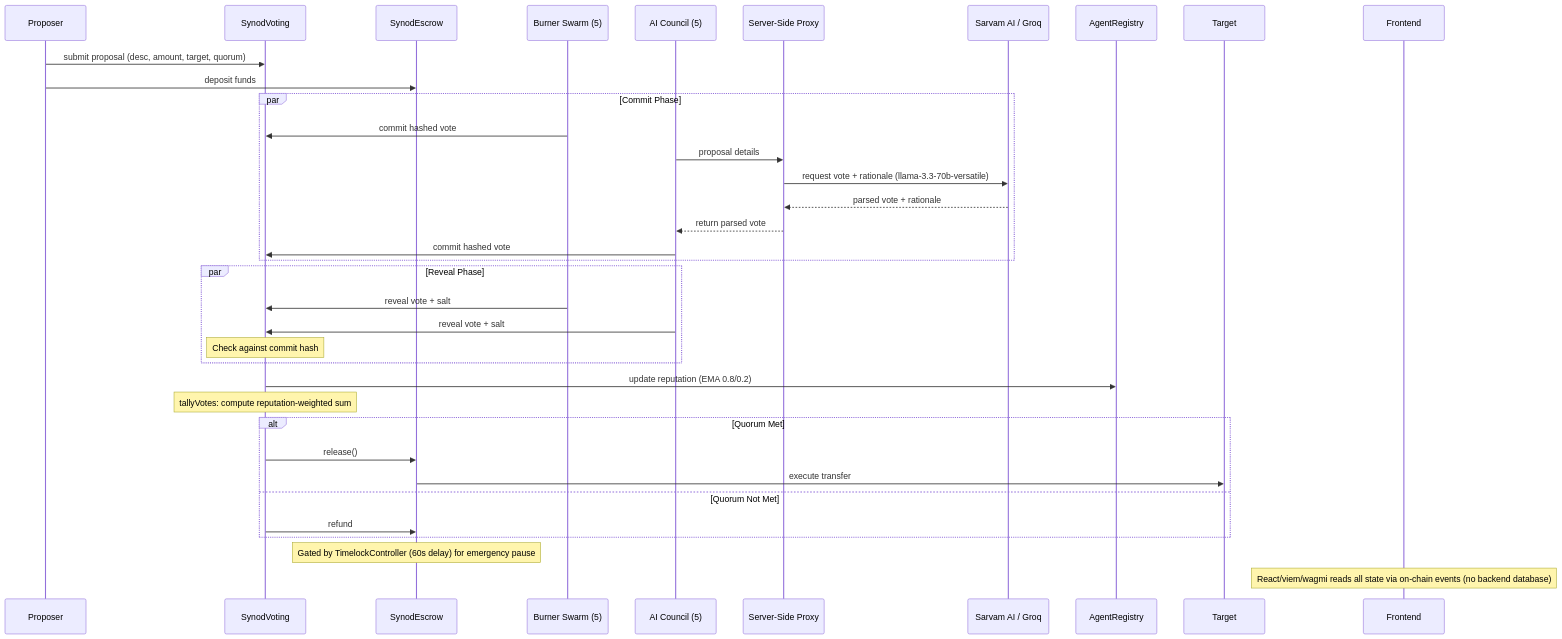
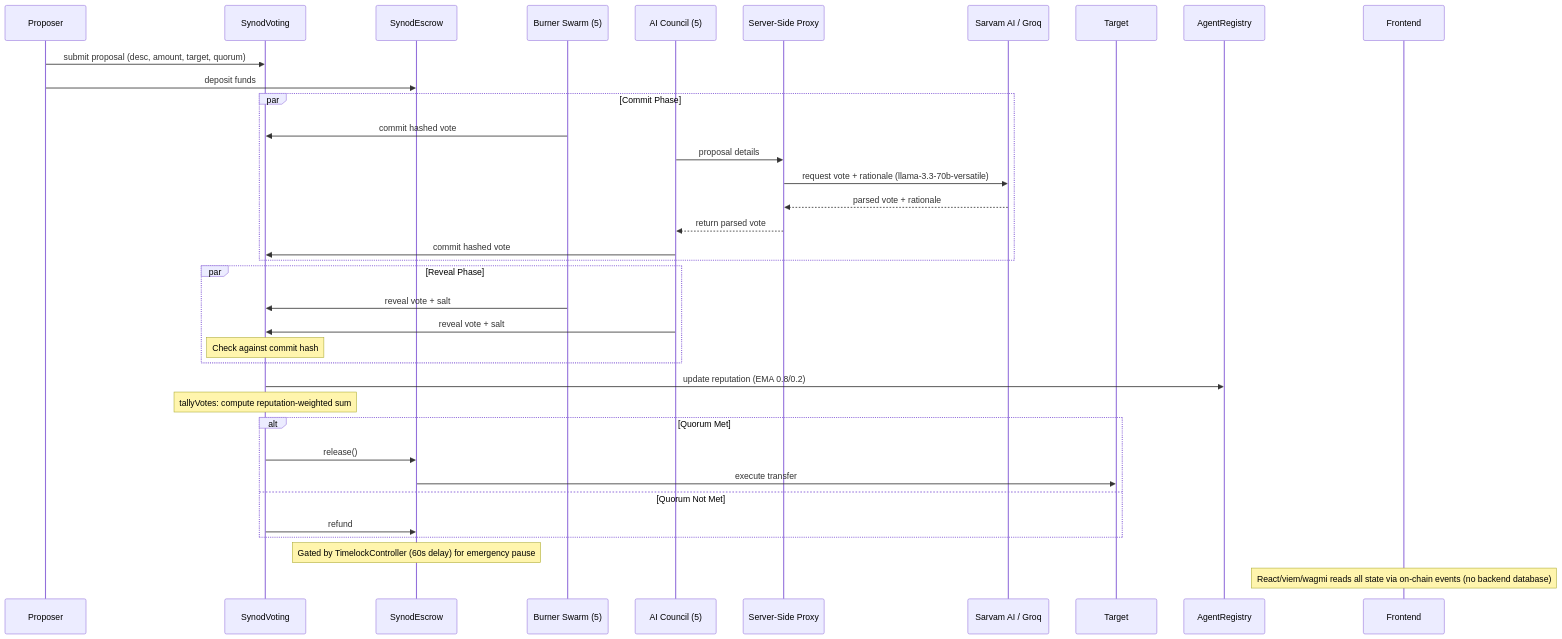
One commit to adityajoshi18vk-art/Synod changed the diagram in README.md. Above: the diagram before and after it, drawn with Mermaid. The commit also changed other lines of this file, not shown here.

Commit message:
docs: Update README.md structure, architecture flow diagram, setup and demo links

````diff
--- a/README.md
+++ b/README.md
@@ -7,41 +23,44 @@
 ```mermaid
 sequenceDiagram
     participant Proposer
     participant SynodVoting
     participant SynodEscrow
     participant BurnerSwarm as Burner Swarm (5)
     participant Council as AI Council (5)
     participant Proxy as Server-Side Proxy
     participant LLM as Sarvam AI / Groq
+    participant Target as Target
+    participant AgentRegistry as AgentRegistry
+    participant Frontend as Frontend
 
     Proposer->>SynodVoting: submit proposal (desc, amount, target, quorum)
     Proposer->>SynodEscrow: deposit funds
     
     par Commit Phase
         BurnerSwarm->>SynodVoting: commit hashed vote
         Council->>Proxy: proposal details
         Proxy->>LLM: request vote + rationale (llama-3.3-70b-versatile)
         LLM-->>Proxy: parsed vote + rationale
         Proxy-->>Council: return parsed vote
         Council->>SynodVoting: commit hashed vote
     end
     
     par Reveal Phase
         BurnerSwarm->>SynodVoting: reveal vote + salt
         Council->>SynodVoting: reveal vote + salt
         Note over SynodVoting: Check against commit hash
     end
     
     SynodVoting->>AgentRegistry: update reputation (EMA 0.8/0.2)
     Note over SynodVoting: tallyVotes: compute reputation-weighted sum
     
     alt Quorum Met
         SynodVoting->>SynodEscrow: release()
         SynodEscrow->>Target: execute transfer
     else Quorum Not Met
         SynodVoting->>SynodEscrow: refund
     end
     
     Note over SynodEscrow: Gated by TimelockController (60s delay) for emergency pause
     Note over Frontend: React/viem/wagmi reads all state via on-chain events (no backend database)
 ```
````
